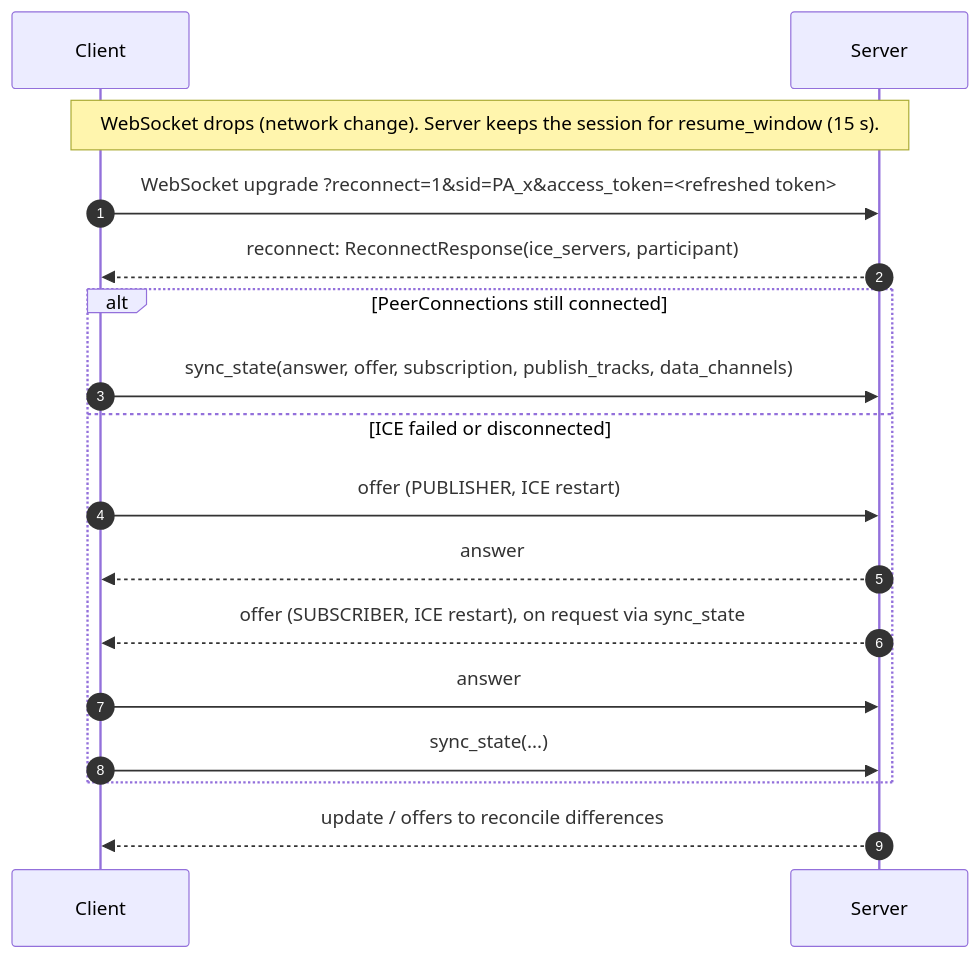
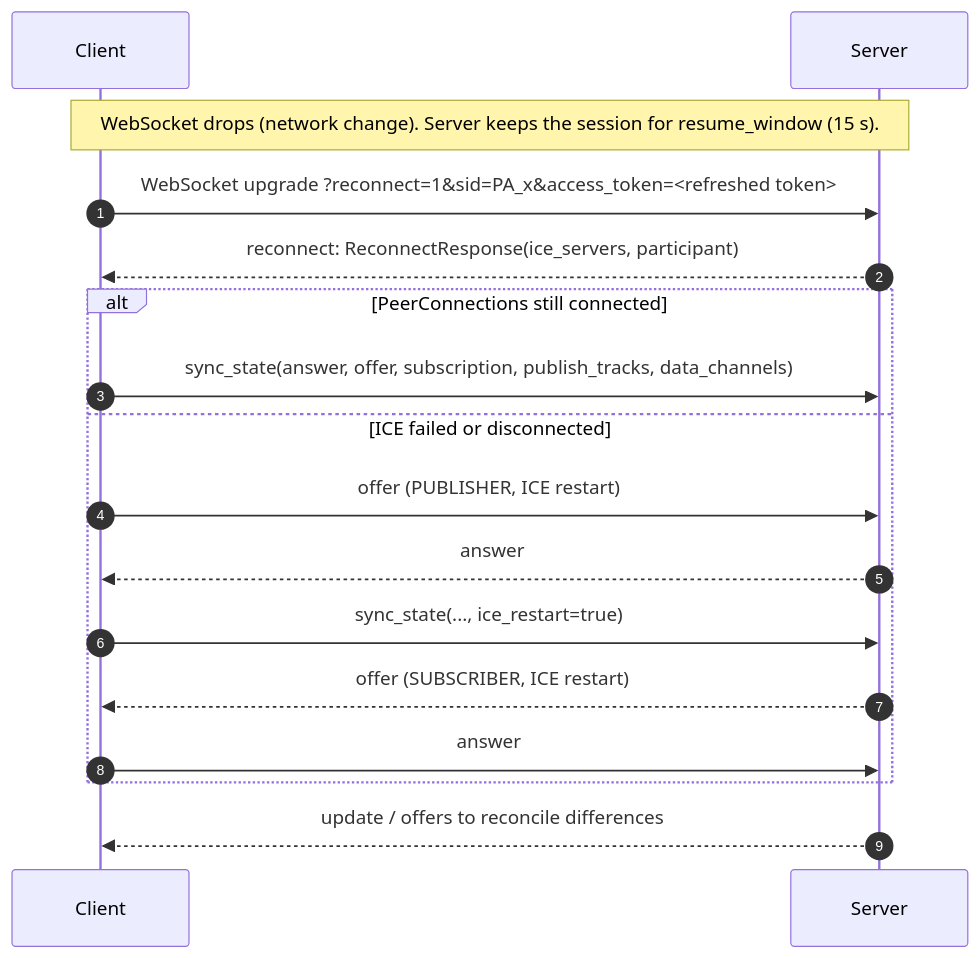
The second of 2 diagrams in docs/PROTOCOL.md (KeshavGoyal26/tessera), drawn with Mermaid before and after one commit. The commit also changed other lines of this file and 8 other files, not shown here.

First line of the commit message:
feat: ICE restart on network change without rejoining

````diff
--- a/docs/PROTOCOL.md
+++ b/docs/PROTOCOL.md
@@ -143,19 +143,19 @@
 ```mermaid
 sequenceDiagram
   autonumber
   participant C as Client
   participant S as Server
   Note over C,S: WebSocket drops (network change). Server keeps the session for resume_window (15 s).
   C->>S: WebSocket upgrade ?reconnect=1&sid=PA_x&access_token=<refreshed token>
   S-->>C: reconnect: ReconnectResponse(ice_servers, participant)
   alt PeerConnections still connected
     C->>S: sync_state(answer, offer, subscription, publish_tracks, data_channels)
   else ICE failed or disconnected
     C->>S: offer (PUBLISHER, ICE restart)
     S-->>C: answer
-    S-->>C: offer (SUBSCRIBER, ICE restart), on request via sync_state
+    C->>S: sync_state(..., ice_restart=true)
+    S-->>C: offer (SUBSCRIBER, ICE restart)
     C->>S: answer
-    C->>S: sync_state(...)
   end
   S-->>C: update / offers to reconcile differences
 ```
````
